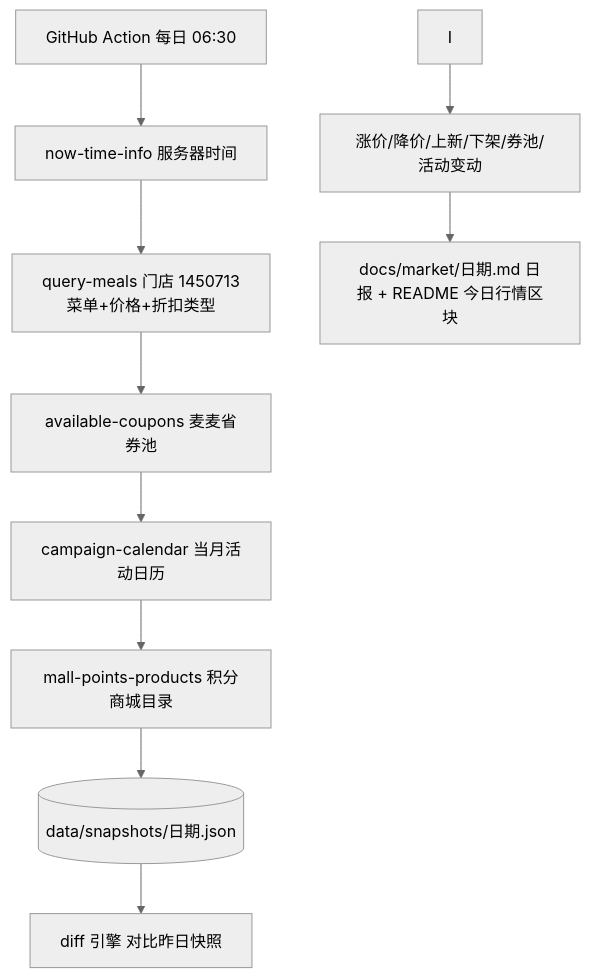
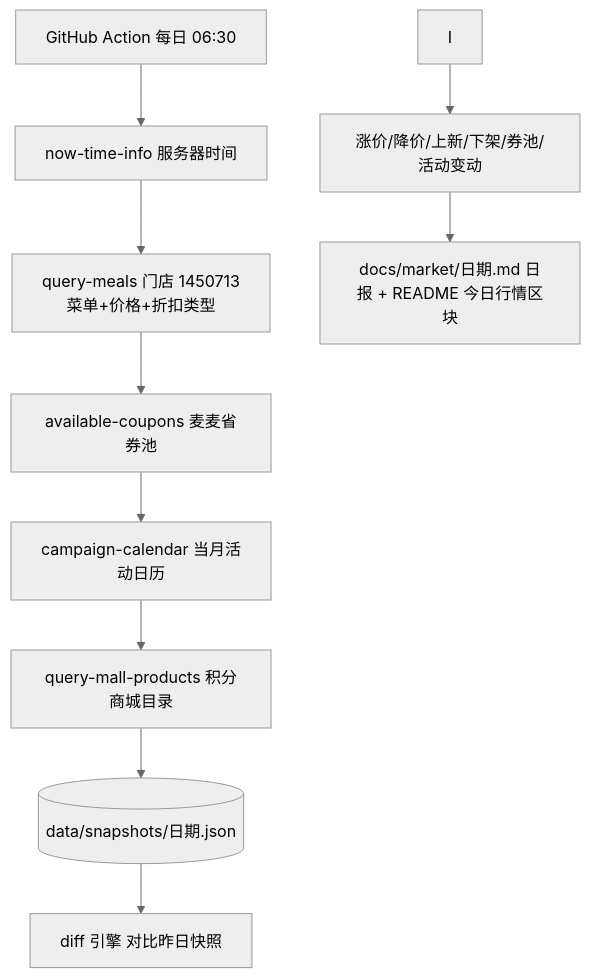
The diagram in MCP_INTEGRATION.md (lm7644/mcd-research-lab), drawn with Mermaid (neutral theme) before and after one commit. The commit also changed other lines of this file and 11 other files, not shown here.

````diff
--- a/MCP_INTEGRATION.md
+++ b/MCP_INTEGRATION.md
@@ -23,12 +23,12 @@
 ```mermaid
 flowchart TD
     A[GitHub Action 每日 06:30] --> B[now-time-info 服务器时间]
     B --> C[query-meals 门店 1450713<br/>菜单+价格+折扣类型]
     C --> D[available-coupons 麦麦省券池]
     D --> E[campaign-calendar 当月活动日历]
-    E --> F[mall-points-products 积分商城目录]
+    E --> F[query-mall-products 积分商城目录]
     F --> G[(data/snapshots/日期.json)]
     G --> H[diff 引擎 对比昨日快照]
     I --> J[涨价/降价/上新/下架/券池/活动变动]
     J --> K[docs/market/日期.md 日报 + README 今日行情区块]
 ```
````
